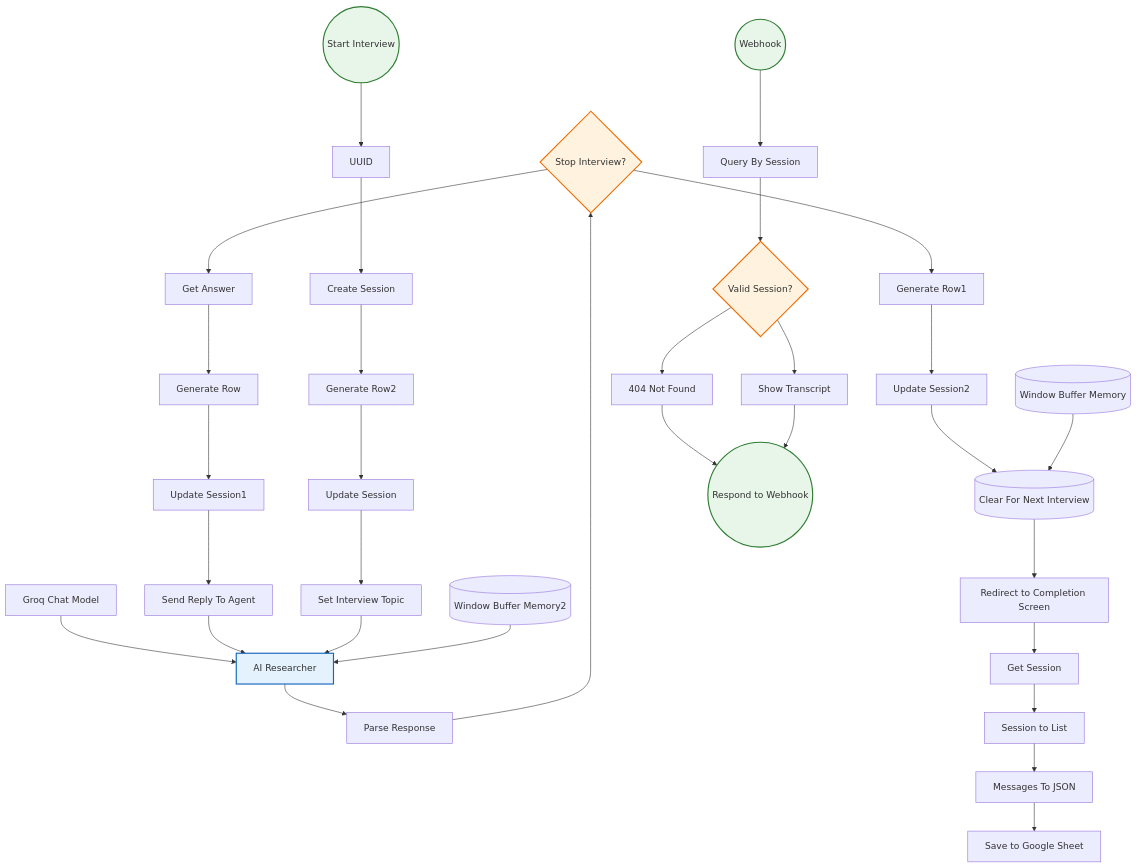
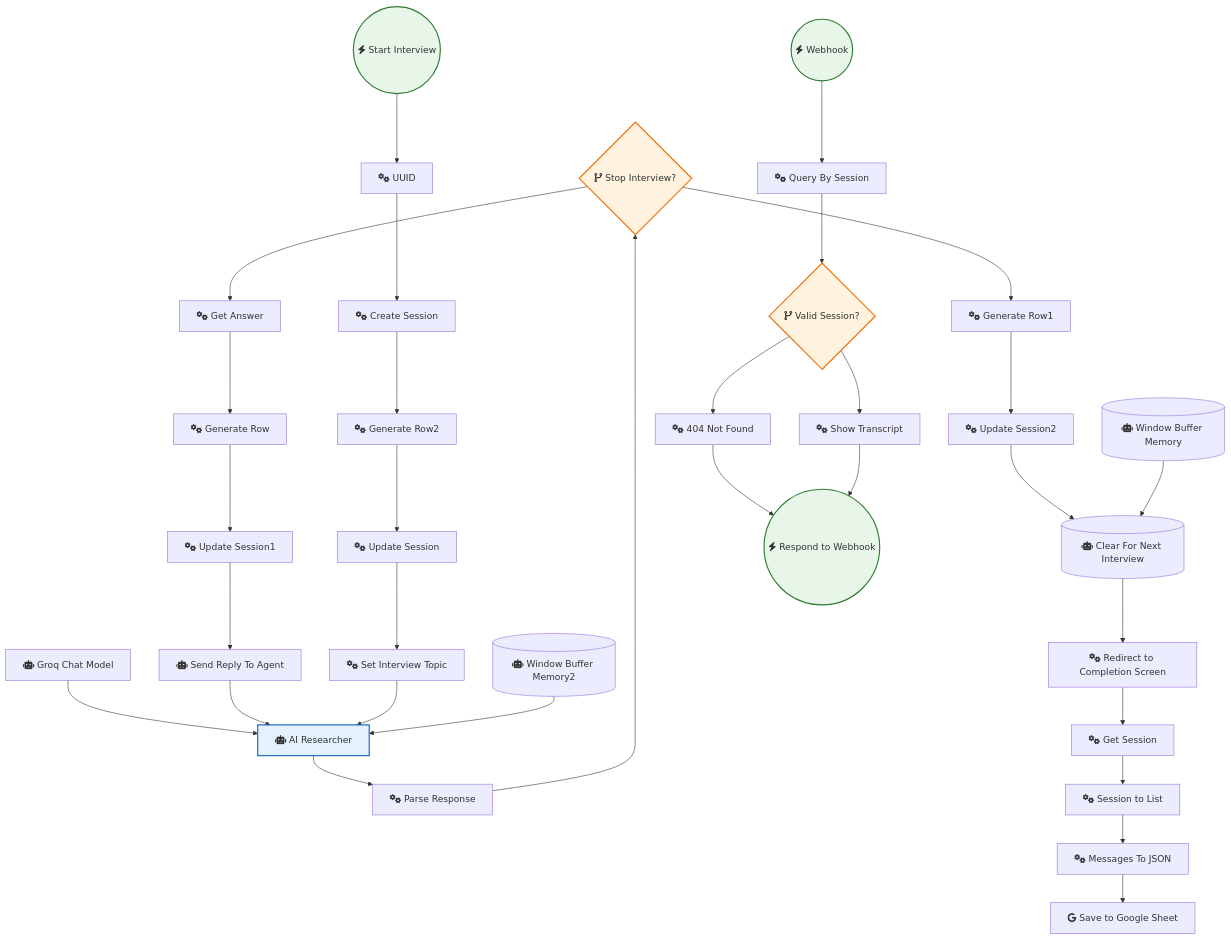
Before and after one commit to sreyash3105/N8N-DEMO-AUTOMATIONS: the diagram in Forms_and_Surveys/Conversational Interviews with AI Agents and n8n Forms.md, drawn with Mermaid. The commit also changed 291 other files, not shown here.

````diff
--- a/Forms_and_Surveys/Conversational Interviews with AI Agents and n8n Forms.md
+++ b/Forms_and_Surveys/Conversational Interviews with AI Agents and n8n Forms.md
@@ -1,68 +1,68 @@
 ```mermaid
 graph TD
     classDef trigger fill:#e8f5e9,stroke:#2e7d32,stroke-width:2px;
     classDef ai fill:#e3f2fd,stroke:#1565c0,stroke-width:2px;
     classDef logic fill:#fff3e0,stroke:#ef6c00,stroke-width:2px;
 
-    Stop_Interview_{"Stop Interview?"}:::logic
-    Generate_Row["Generate Row"]
-    Generate_Row1["Generate Row1"]
-    Clear_For_Next_Interview[("Clear For Next Interview")]
-    Send_Reply_To_Agent["Send Reply To Agent"]
-    Start_Interview(("Start Interview")):::trigger
-    Get_Answer["Get Answer"]
-    Set_Interview_Topic["Set Interview Topic"]
-    UUID["UUID"]
-    Generate_Row2["Generate Row2"]
-    Create_Session["Create Session"]
-    Update_Session["Update Session"]
-    Update_Session1["Update Session1"]
-    Update_Session2["Update Session2"]
-    Valid_Session_{"Valid Session?"}:::logic
-    Respond_to_Webhook(("Respond to Webhook")):::trigger
-    Window_Buffer_Memory2[("Window Buffer Memory2")]
-    Window_Buffer_Memory[("Window Buffer Memory")]
-    Redirect_to_Completion_Screen["Redirect to Completion Screen"]
-    Webhook(("Webhook")):::trigger
-    n_404_Not_Found["404 Not Found"]
-    AI_Researcher["AI Researcher"]:::ai
-    Parse_Response["Parse Response"]
-    Groq_Chat_Model["Groq Chat Model"]
-    Show_Transcript["Show Transcript"]
-    Save_to_Google_Sheet["Save to Google Sheet"]
-    Session_to_List["Session to List"]
-    Messages_To_JSON["Messages To JSON"]
-    Query_By_Session["Query By Session"]
-    Get_Session["Get Session"]
+    Stop_Interview_{"fas:fa-code-branch Stop Interview?"}:::logic
+    Generate_Row["fas:fa-cogs Generate Row"]
+    Generate_Row1["fas:fa-cogs Generate Row1"]
+    Clear_For_Next_Interview[("fas:fa-robot Clear For Next Interview")]
+    Send_Reply_To_Agent["fas:fa-robot Send Reply To Agent"]
+    Start_Interview(("fas:fa-bolt Start Interview")):::trigger
+    Get_Answer["fas:fa-cogs Get Answer"]
+    Set_Interview_Topic["fas:fa-cogs Set Interview Topic"]
+    UUID["fas:fa-cogs UUID"]
+    Generate_Row2["fas:fa-cogs Generate Row2"]
+    Create_Session["fas:fa-cogs Create Session"]
+    Update_Session["fas:fa-cogs Update Session"]
+    Update_Session1["fas:fa-cogs Update Session1"]
+    Update_Session2["fas:fa-cogs Update Session2"]
+    Valid_Session_{"fas:fa-code-branch Valid Session?"}:::logic
+    Respond_to_Webhook(("fas:fa-bolt Respond to Webhook")):::trigger
+    Window_Buffer_Memory2[("fas:fa-robot Window Buffer Memory2")]
+    Window_Buffer_Memory[("fas:fa-robot Window Buffer Memory")]
+    Redirect_to_Completion_Screen["fas:fa-cogs Redirect to Completion Screen"]
+    Webhook(("fas:fa-bolt Webhook")):::trigger
+    n_404_Not_Found["fas:fa-cogs 404 Not Found"]
+    AI_Researcher["fas:fa-robot AI Researcher"]:::ai
+    Parse_Response["fas:fa-cogs Parse Response"]
+    Groq_Chat_Model["fas:fa-robot Groq Chat Model"]
+    Show_Transcript["fas:fa-cogs Show Transcript"]
+    Save_to_Google_Sheet["fab:fa-google Save to Google Sheet"]
+    Session_to_List["fas:fa-cogs Session to List"]
+    Messages_To_JSON["fas:fa-cogs Messages To JSON"]
+    Query_By_Session["fas:fa-cogs Query By Session"]
+    Get_Session["fas:fa-cogs Get Session"]
 
     UUID --> Create_Session
     Webhook --> Query_By_Session
     Get_Answer --> Generate_Row
     Get_Session --> Session_to_List
     Generate_Row --> Update_Session1
     n_404_Not_Found --> Respond_to_Webhook
     AI_Researcher --> Parse_Response
     Generate_Row1 --> Update_Session2
     Generate_Row2 --> Update_Session
     Create_Session --> Generate_Row2
     Parse_Response --> Stop_Interview_
     Update_Session --> Set_Interview_Topic
     Valid_Session_ --> Show_Transcript
     Valid_Session_ --> n_404_Not_Found
     Groq_Chat_Model --> AI_Researcher
     Session_to_List --> Messages_To_JSON
     Show_Transcript --> Respond_to_Webhook
     Start_Interview --> UUID
     Stop_Interview_ --> Generate_Row1
     Stop_Interview_ --> Get_Answer
     Update_Session1 --> Send_Reply_To_Agent
     Update_Session2 --> Clear_For_Next_Interview
     Messages_To_JSON --> Save_to_Google_Sheet
     Query_By_Session --> Valid_Session_
     Send_Reply_To_Agent --> AI_Researcher
     Set_Interview_Topic --> AI_Researcher
     Window_Buffer_Memory --> Clear_For_Next_Interview
     Window_Buffer_Memory2 --> AI_Researcher
     Clear_For_Next_Interview --> Redirect_to_Completion_Screen
     Redirect_to_Completion_Screen --> Get_Session
 ```
````
